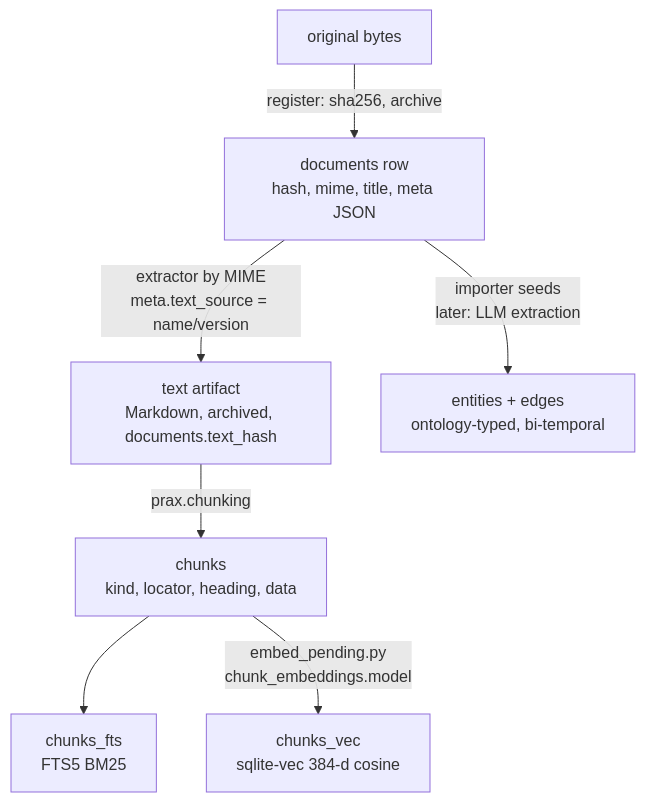
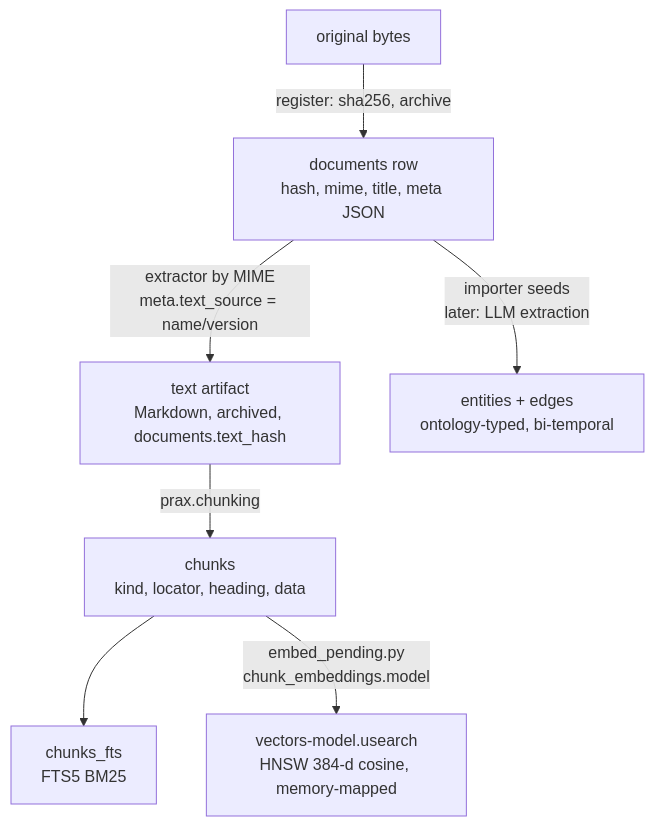
The second of 3 diagrams in docs/architecture.md (lodsb/prax), drawn with Mermaid before and after one commit. The commit also changed other lines of this file and 4 other files, not shown here.

First line of the commit message:
docs: vector index is a usearch file (CLAUDE.md invariant 1, R6 decision, howto, architecture, plan)

````diff
--- a/docs/architecture.md
+++ b/docs/architecture.md
@@ -75,9 +75,9 @@
 ```mermaid
 flowchart TD
   O[original bytes] -->|register: sha256, archive| D[documents row<br/>hash, mime, title, meta JSON]
   D -->|extractor by MIME<br/>meta.text_source = name/version| T[text artifact<br/>Markdown, archived, documents.text_hash]
   T -->|prax.chunking| CH[chunks<br/>kind, locator, heading, data]
   CH --> F[chunks_fts<br/>FTS5 BM25]
-  CH -->|embed_pending.py<br/>chunk_embeddings.model| V[chunks_vec<br/>sqlite-vec 384-d cosine]
+  CH -->|embed_pending.py<br/>chunk_embeddings.model| V[vectors-model.usearch<br/>HNSW 384-d cosine, memory-mapped]
   D -->|importer seeds<br/>later: LLM extraction| G[entities + edges<br/>ontology-typed, bi-temporal]
 ```
````
